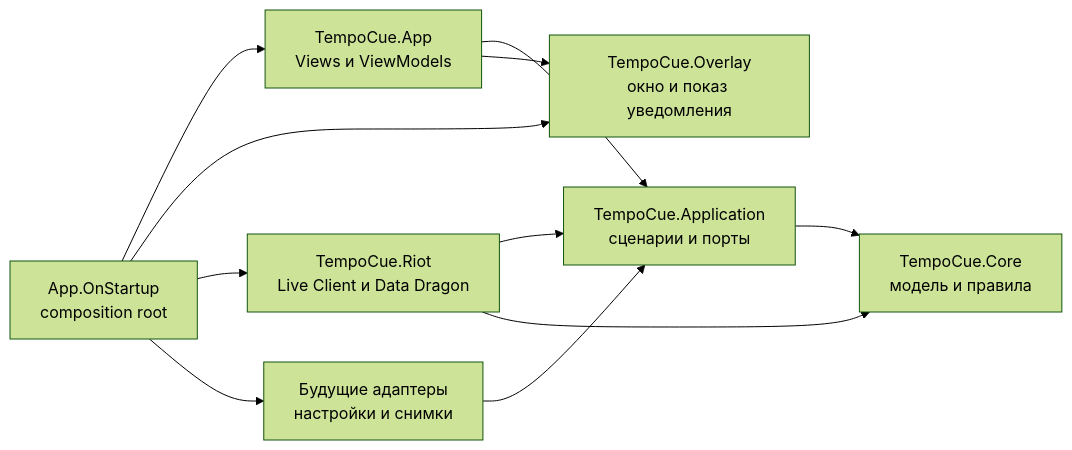
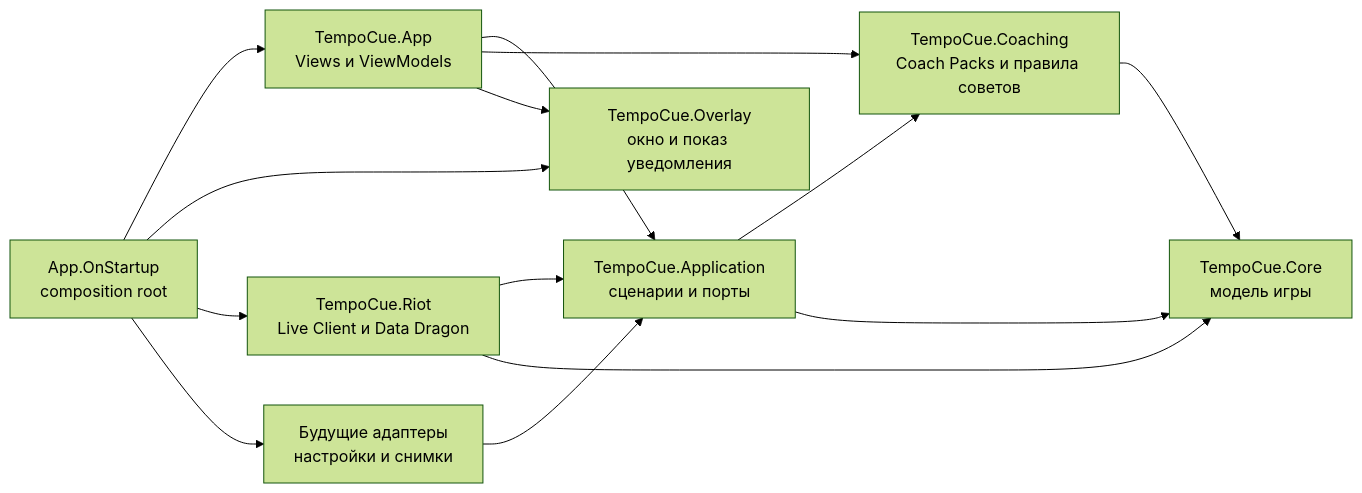
One commit to Deokti/TempoCue changed the diagram in docs/architecture.md. Above: the diagram before and after it, drawn with Mermaid (forest theme). The commit also changed other lines of this file and 102 other files, not shown here.

First line of the commit message:
refactor(architecture): выделить домен коучинга

````diff
--- a/docs/architecture.md
+++ b/docs/architecture.md
@@ -87,13 +89,16 @@
 ```mermaid
 flowchart LR
     View["TempoCue.App<br/>Views и ViewModels"] --> Application["TempoCue.Application<br/>сценарии и порты"]
+    View --> Coaching["TempoCue.Coaching<br/>Coach Packs и правила советов"]
     View --> Overlay["TempoCue.Overlay<br/>окно и показ уведомления"]
-    Application --> Core["TempoCue.Core<br/>модель и правила"]
+    Application --> Coaching
+    Application --> Core["TempoCue.Core<br/>модель игры"]
+    Coaching --> Core
     Riot["TempoCue.Riot<br/>Live Client и Data Dragon"] --> Application
     Riot --> Core
     Persistence["Будущие адаптеры<br/>настройки и снимки"] --> Application
     Composition["App.OnStartup<br/>composition root"] --> View
     Composition --> Overlay
     Composition --> Riot
     Composition --> Persistence
 ```
````
